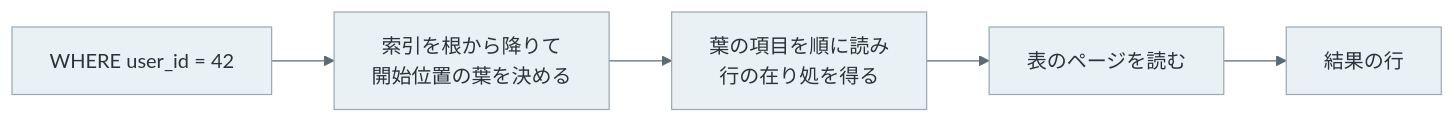
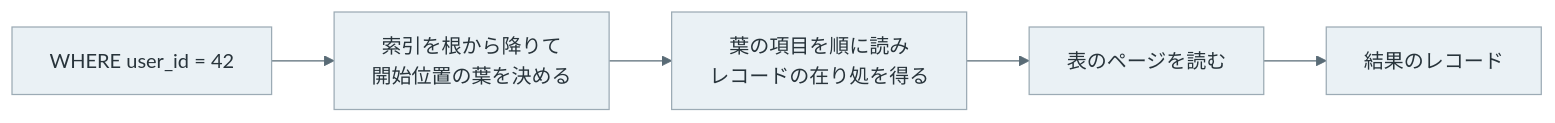
One commit to nao1215/debimate changed the first of 8 diagrams in content/notes/database-systems/index-scan/index.md. Above: the diagram before and after it, drawn with Mermaid. The commit also changed other lines of this file and 125 other files, not shown here.

````diff
--- a/content/notes/database-systems/index-scan/index.md
+++ b/content/notes/database-systems/index-scan/index.md
@@ -18,9 +18,9 @@
 ```mermaid
 %%{init: {"theme":"base","themeVariables":{"primaryColor":"#eaf1f5","primaryTextColor":"#28343b","primaryBorderColor":"#9cabb5","lineColor":"#596b76","textColor":"#28343b","actorBkg":"#eaf1f5","actorBorder":"#9cabb5","actorTextColor":"#28343b","actorLineColor":"#9cabb5","signalColor":"#596b76","signalTextColor":"#28343b","noteBkgColor":"#f7f1e5","noteBorderColor":"#c5b99b","noteTextColor":"#403c32","activationBkgColor":"#edf3ef","activationBorderColor":"#9aafa1"}}}%%
 flowchart LR
     C["WHERE user_id = 42"] --> D["索引を根から降りて<br/>開始位置の葉を決める"]
-    D --> L["葉の項目を順に読み<br/>行の在り処を得る"]
+    D --> L["葉の項目を順に読み<br/>レコードの在り処を得る"]
     L --> T["表のページを読む"]
-    T --> R["結果の行"]
+    T --> R["結果のレコード"]
     classDef default fill:#eaf1f5,stroke:#9cabb5,color:#28343b;
 ```
````
